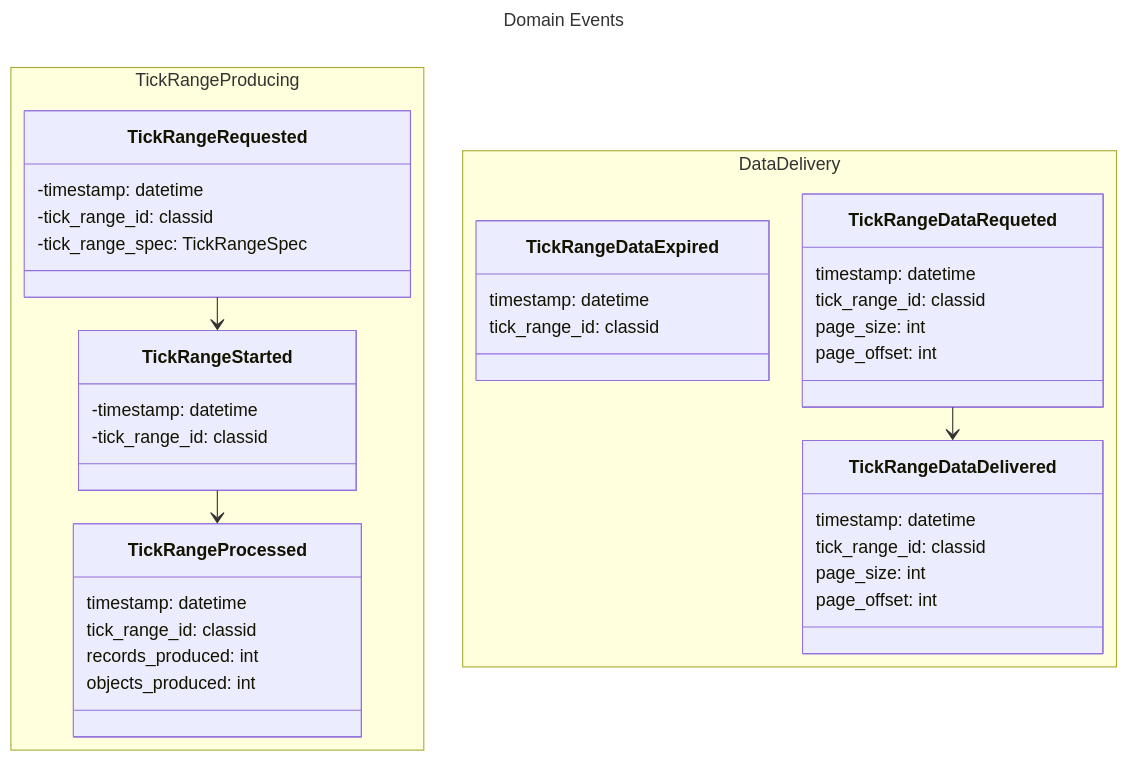
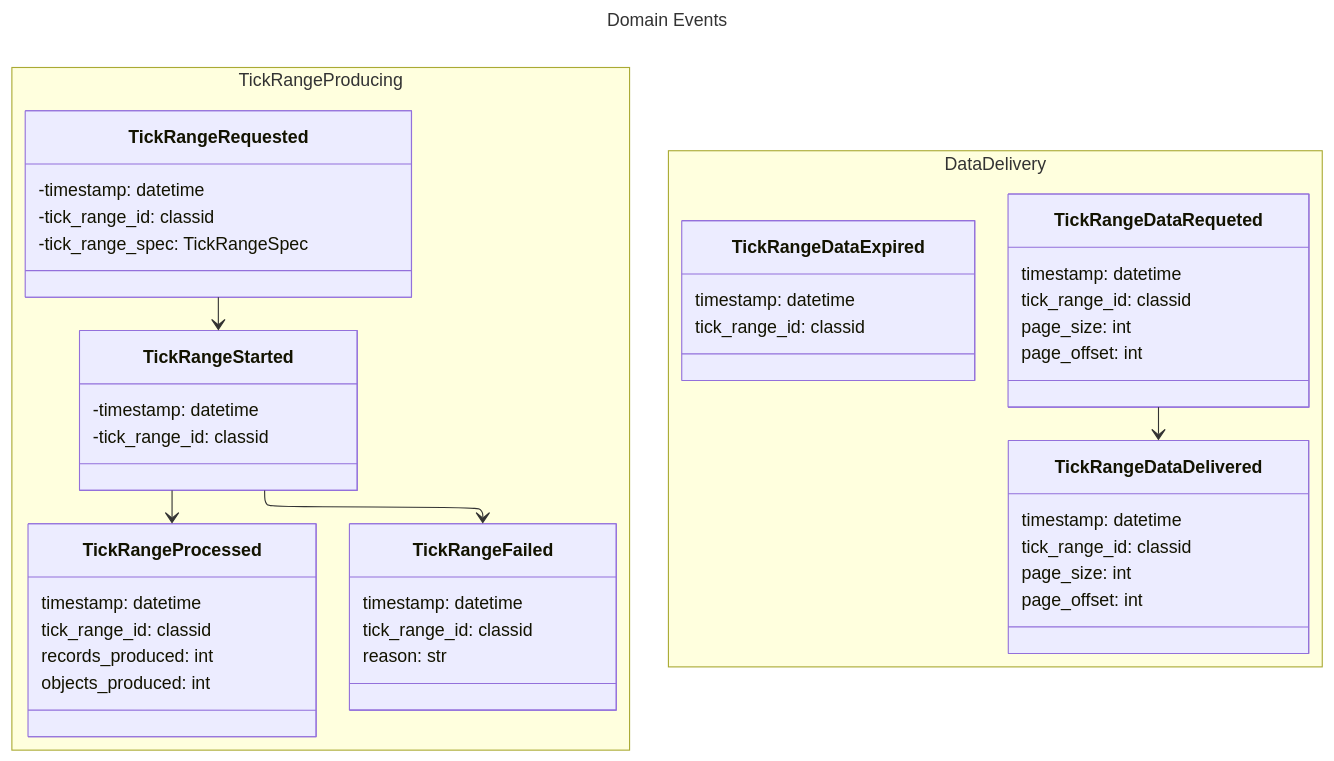
The third of 4 diagrams in docs/design/domain-analysis.md (mchiuminatto/synthetick), drawn with Mermaid before and after one commit. The commit also changed other lines of this file, not shown here.

````diff
--- a/docs/design/domain-analysis.md
+++ b/docs/design/domain-analysis.md
@@ -162,59 +180,66 @@
 ```mermaid
 ---
 config:
   theme: default
   look: classic
   layout: elk
 title: Domain Events
 ---
 classDiagram
   direction TB
   namespace TickRangeProducing{
 
     class TickRangeRequested{
       -timestamp: datetime
       -tick_range_id: classid
       -tick_range_spec: TickRangeSpec
     }
 
     class TickRangeStarted{
       -timestamp: datetime
       -tick_range_id: classid
     }
 
     class TickRangeProcessed{
       timestamp: datetime
       tick_range_id: classid
       records_produced: int
       objects_produced: int
     }
+
+    class TickRangeFailed{
+      timestamp: datetime
+      tick_range_id: classid
+      reason: str
+    }
   }
 
   namespace DataDelivery{
     class TickRangeDataRequeted{
       timestamp: datetime
       tick_range_id: classid
       page_size: int
       page_offset: int
       
     }
 
     class TickRangeDataDelivered{
       timestamp: datetime
       tick_range_id: classid
       page_size: int
       page_offset: int
     }
 
     class TickRangeDataExpired{
       timestamp: datetime
       tick_range_id: classid
     }
   }
   TickRangeRequested --> TickRangeStarted
   TickRangeStarted --> TickRangeProcessed
+  TickRangeStarted --> TickRangeFailed
   TickRangeDataRequeted --> TickRangeDataDelivered
 
 
 
 ```
````
